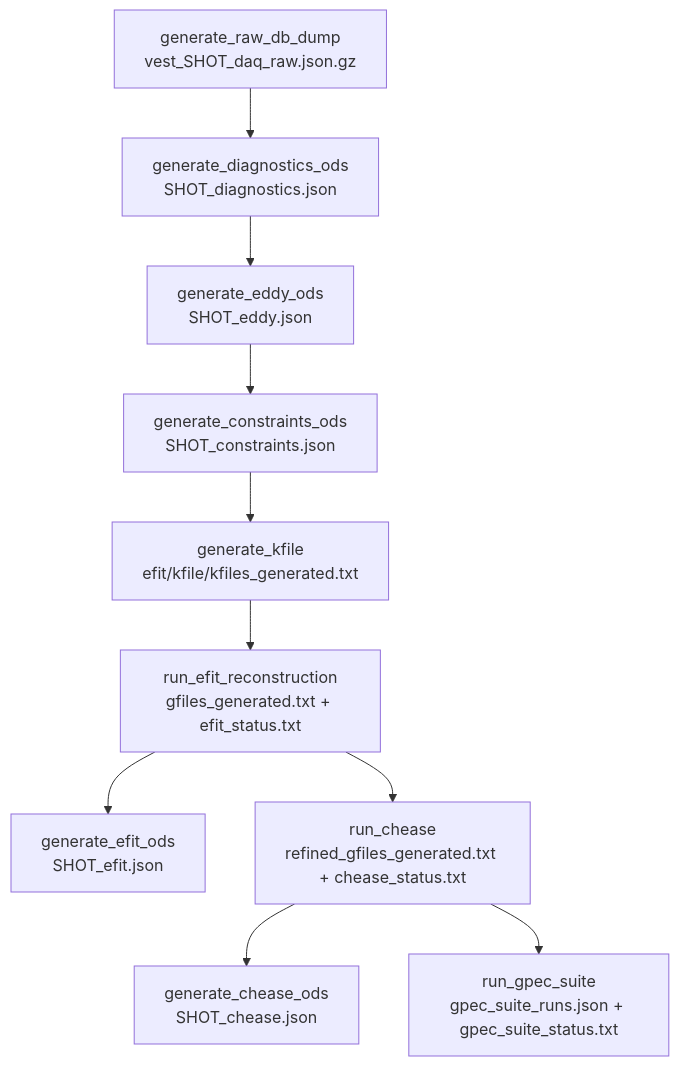
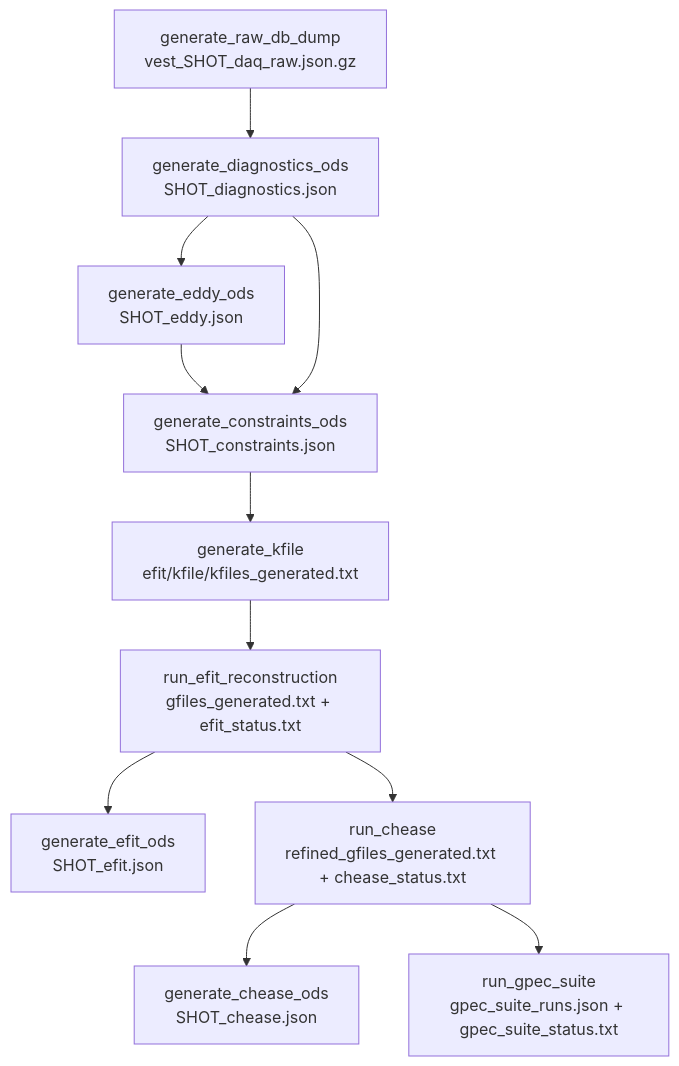
The diagram in docs/_guide/Pipelines.md (VEST-Tokamak/vaft), drawn with Mermaid before and after one commit. The commit also changed other lines of this file and 19 other files, not shown here.

````diff
--- a/docs/_guide/Pipelines.md
+++ b/docs/_guide/Pipelines.md
@@ -101,12 +101,13 @@
 ```mermaid
 flowchart TD
     A["generate_raw_db_dump<br/>vest_SHOT_daq_raw.json.gz"] --> B["generate_diagnostics_ods<br/>SHOT_diagnostics.json"]
     B --> C["generate_eddy_ods<br/>SHOT_eddy.json"]
     C --> D["generate_constraints_ods<br/>SHOT_constraints.json"]
+    B --> D
     D --> E["generate_kfile<br/>efit/kfile/kfiles_generated.txt"]
     E --> F["run_efit_reconstruction<br/>gfiles_generated.txt + efit_status.txt"]
     F --> G["generate_efit_ods<br/>SHOT_efit.json"]
     F --> H["run_chease<br/>refined_gfiles_generated.txt + chease_status.txt"]
     H --> I["generate_chease_ods<br/>SHOT_chease.json"]
     H --> J["run_gpec_suite<br/>gpec_suite_runs.json + gpec_suite_status.txt"]
 ```
````
